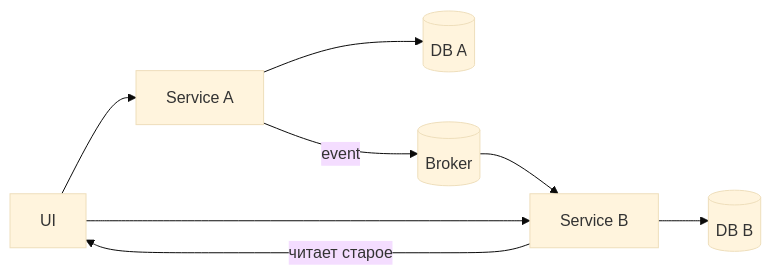
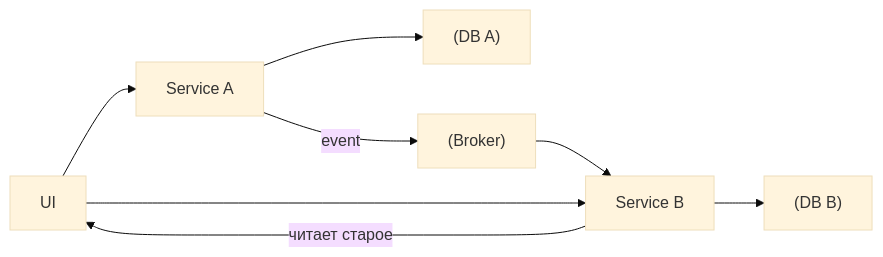
Before and after one commit to DDoSKudya/ai-study-atlas: the fifth of 6 diagrams in directions/architecture/pact/33_antipatterny_i_kriterii_vybora_arkhitektury/01_33_1_antipatterny.md, drawn with Mermaid (base theme). The commit also changed other lines of this file and 322 other files, not shown here.

Commit message:
fix(docs): make mermaid diagrams GitHub-compatible across directions content

````diff
--- a/directions/architecture/pact/33_antipatterny_i_kriterii_vybora_arkhitektury/01_33_1_antipatterny.md
+++ b/directions/architecture/pact/33_antipatterny_i_kriterii_vybora_arkhitektury/01_33_1_antipatterny.md
@@ -600,10 +600,10 @@
 ```mermaid
 flowchart LR
-  UI[UI] --> A[Service A]
-  UI --> B[Service B]
-  A --> DB1[(DB A)]
-  B --> DB2[(DB B)]
-  A -->|event| MQ[(Broker)]
+  UI["UI"] --> A["Service A"]
+  UI --> B["Service B"]
+  A --> DB1["(DB A)"]
+  B --> DB2["(DB B)"]
+  A -->|event| MQ["(Broker)"]
   MQ --> B
   B -->|читает старое| UI
 ```
````
